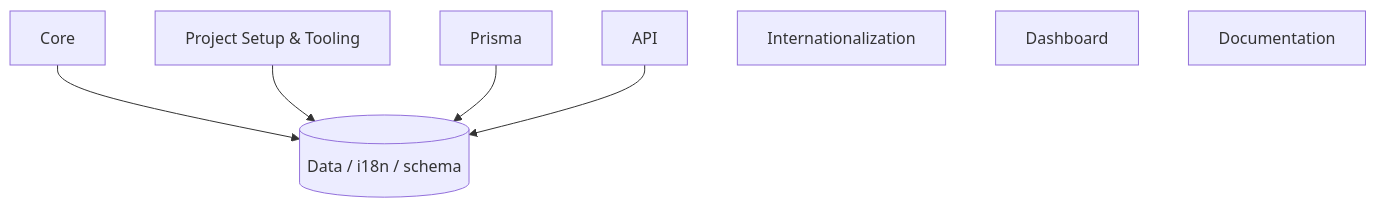
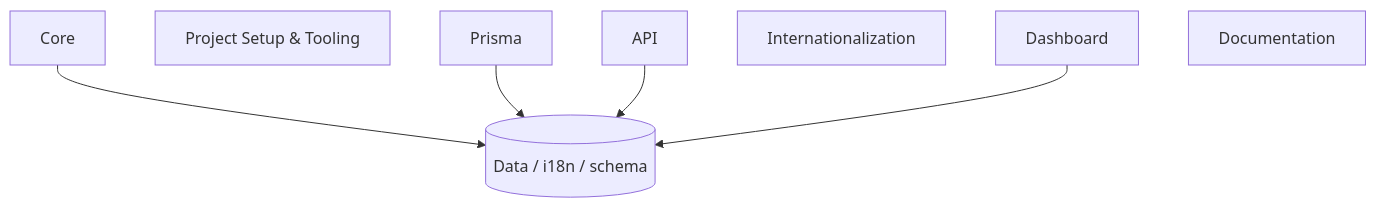
Before and after one commit to maxgfr/reconstruct: the diagram in assets/example-output/architecture/diagram.md, drawn with Mermaid. The commit also changed 4 other files, not shown here.

First line of the commit message:
fix(prd): link features to the diagram's DATA node whenever it is drawn

````diff
--- a/assets/example-output/architecture/diagram.md
+++ b/assets/example-output/architecture/diagram.md
@@ -3,15 +3,15 @@
 ```mermaid
 graph TD
   F0["Core"]
   F1["Project Setup & Tooling"]
   F2["Prisma"]
   F3["API"]
   F4["Internationalization"]
   F5["Dashboard"]
   F6["Documentation"]
   DATA[("Data / i18n / schema")]
   F0 --> DATA
-  F1 --> DATA
   F2 --> DATA
   F3 --> DATA
+  F5 --> DATA
 ```
````
